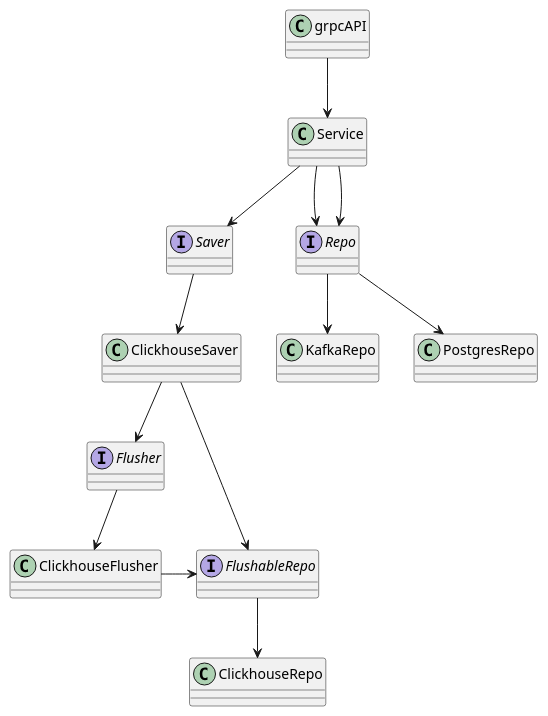
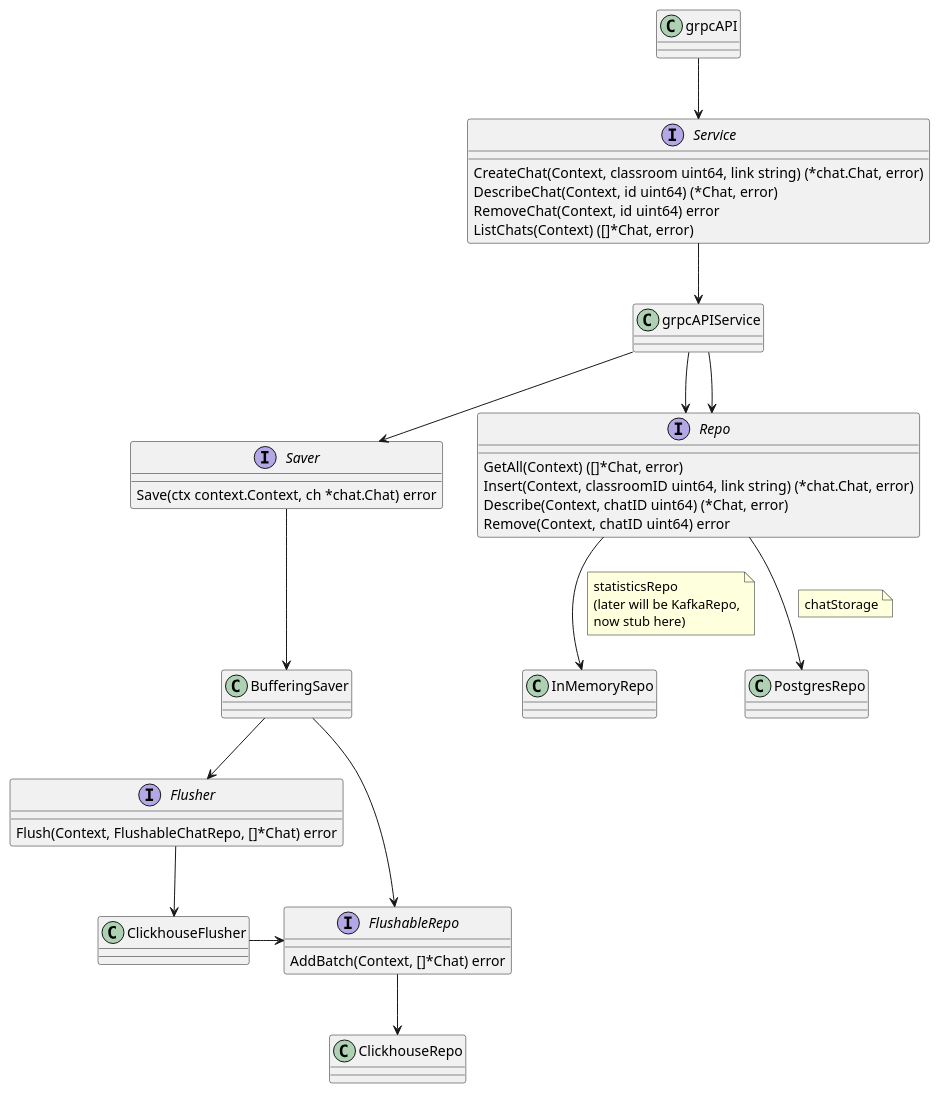
One commit to ozoncp/ocp-chat-api changed the diagram in docs/scheme.puml. Above: the diagram before and after it, drawn with PlantUML.

Commit message:
Beautiful docs

```diff
--- a/docs/scheme.puml
+++ b/docs/scheme.puml
@@ -1,28 +1,56 @@
 @startuml
 
+interface Service {
+	CreateChat(Context, classroom uint64, link string) (*chat.Chat, error)
+	DescribeChat(Context, id uint64) (*Chat, error)
+	RemoveChat(Context, id uint64) error
+	ListChats(Context) ([]*Chat, error)
+
+}
+
+interface Saver {
+    Save(ctx context.Context, ch *chat.Chat) error
+}
+
+interface Flusher {
+    Flush(Context, FlushableChatRepo, []*Chat) error
+}
+
+interface FlushableRepo {
+    AddBatch(Context, []*Chat) error
+}
+interface Repo {
+    GetAll(Context) ([]*Chat, error)
+	Insert(Context, classroomID uint64, link string) (*chat.Chat, error)
+	Describe(Context, chatID uint64) (*Chat, error)
+	Remove(Context, chatID uint64) error
+}
+
 grpcAPI --> Service
-
-interface Saver
-interface Flusher
-interface FlushableRepo
-interface Repo
-
+Service --> grpcAPIService
 'clickhouse
-Service --> Saver
-Service --> Repo
-Saver --> ClickhouseSaver
-ClickhouseSaver --> Flusher
-ClickhouseSaver --> FlushableRepo
+grpcAPIService --> Saver
+Saver --> BufferingSaver
+BufferingSaver --> Flusher
+BufferingSaver --> FlushableRepo
 Flusher --> ClickhouseFlusher
 ClickhouseFlusher -> FlushableRepo
 FlushableRepo --> ClickhouseRepo
 
-'postgres
-Service --> Repo
+'postgres chat storage
+grpcAPIService --> Repo
 Repo --> PostgresRepo
+note right on link
+chatStorage
+end note
 
 'kafka
-Repo --> KafkaRepo
-
+grpcAPIService --> Repo
+Repo --> InMemoryRepo
+note right on link
+statisticsRepo
+(later will be KafkaRepo,
+now stub here)
+end note
 
 @enduml
```
